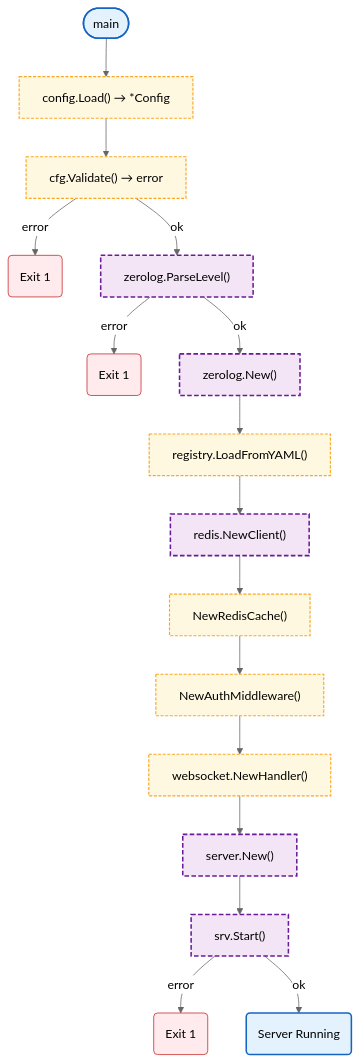
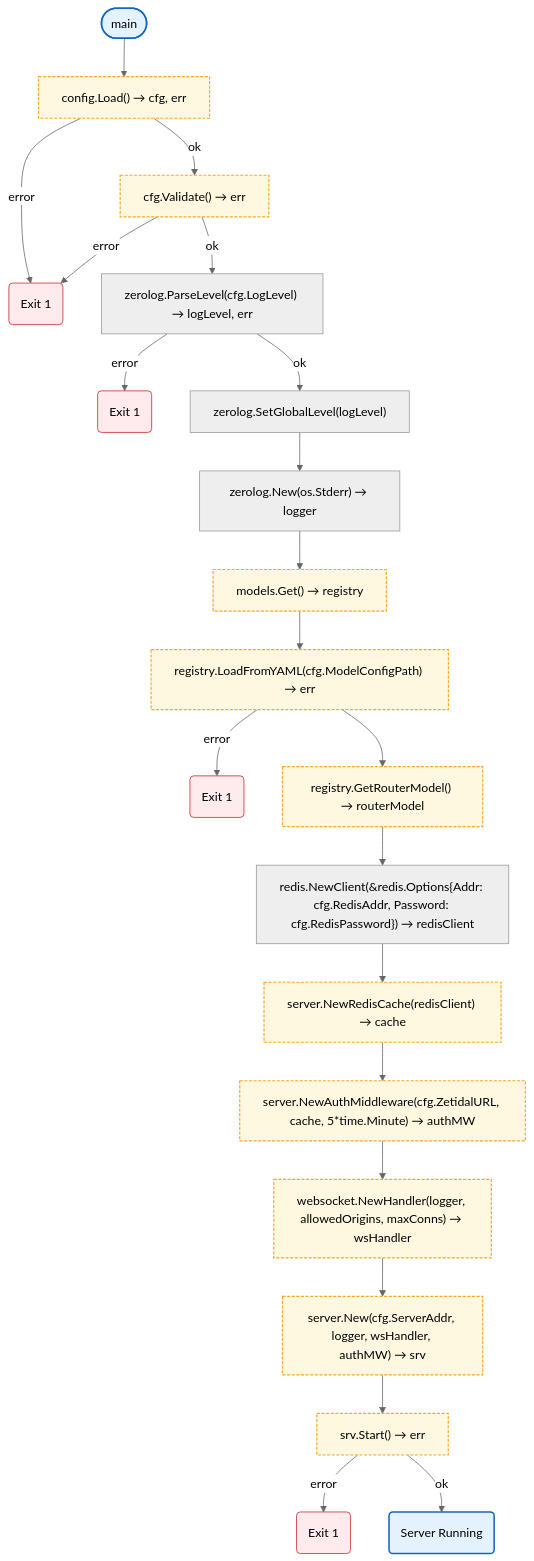
Before and after one commit to radch-ai/ava: the diagram in docs/cmd/gateway.md, drawn with Mermaid (neutral theme). The commit also changed other lines of this file and 5 other files, not shown here.

First line of the commit message:
refactor(config): inline AuthConfig struct, add ModelConfigPath, update docs

````diff
--- a/docs/cmd/gateway.md
+++ b/docs/cmd/gateway.md
@@ -7,35 +7,41 @@
 ```mermaid
 flowchart TB
-    Start([main]) --> LoadCfg["config.Load() → *Config"]
-    LoadCfg --> ValidateCfg["cfg.Validate() → error"]
-    ValidateCfg -->|error| Exit1("Exit 1")
-    ValidateCfg -->|ok| ParseLevel["zerolog.ParseLevel()"]
+    Start([main]) --> LoadCfg["config.Load() → cfg, err"]
+    LoadCfg -->|error| Exit1("Exit 1")
+    LoadCfg -->|ok| ValidateCfg["cfg.Validate() → err"]
+    ValidateCfg -->|error| Exit1
+    ValidateCfg -->|ok| ParseLevel["zerolog.ParseLevel(cfg.LogLevel) → logLevel, err"]
     ParseLevel -->|error| Exit2("Exit 1")
-    ParseLevel -->|ok| CreateLogger["zerolog.New()"]
-    CreateLogger --> LoadModels["registry.LoadFromYAML()"]
-    LoadModels --> InitRedis["redis.NewClient()"]
-    InitRedis --> CreateCache["NewRedisCache()"]
-    CreateCache --> CreateAuthMW["NewAuthMiddleware()"]
-    CreateAuthMW --> CreateWS["websocket.NewHandler()"]
-    CreateWS --> CreateServer["server.New()"]
-    CreateServer --> StartServer["srv.Start()"]
+    ParseLevel -->|ok| SetLevel["zerolog.SetGlobalLevel(logLevel)"]
+    SetLevel --> CreateLogger["zerolog.New(os.Stderr) → logger"]
+    CreateLogger --> GetRegistry["models.Get() → registry"]
+    GetRegistry --> LoadModels["registry.LoadFromYAML(cfg.ModelConfigPath) → err"]
+    LoadModels -->|error| ExitModel("Exit 1")
+    LoadModels --> GetRouter["registry.GetRouterModel() → routerModel"]
+    GetRouter --> InitRedis["redis.NewClient(&redis.Options{Addr: cfg.RedisAddr, Password: cfg.RedisPassword}) → redisClient"]
+    InitRedis --> CreateCache["server.NewRedisCache(redisClient) → cache"]
+    CreateCache --> CreateAuthMW["server.NewAuthMiddleware(cfg.ZetidalURL, cache, 5*time.Minute) → authMW"]
+    CreateAuthMW --> CreateWS["websocket.NewHandler(logger, allowedOrigins, maxConns) → wsHandler"]
+    CreateWS --> CreateServer["server.New(cfg.ServerAddr, logger, wsHandler, authMW) → srv"]
+    CreateServer --> StartServer["srv.Start() → err"]
     StartServer -->|error| Exit3("Exit 1")
     StartServer -->|ok| Running("Server Running")
 
     click LoadCfg href "../config/README.md"
     click ValidateCfg href "../config/README.md"
+    click GetRegistry href "../internal/llm-proxy/models.md"
     click LoadModels href "../internal/llm-proxy/models.md"
+    click GetRouter href "../internal/llm-proxy/models.md"
     click CreateCache href "../internal/server/README.md"
     click CreateAuthMW href "../internal/server/README.md"
     click CreateWS href "../internal/websocket.md"
+    click CreateServer href "../internal/server/README.md"
 
     classDef mainFn fill:#e3f2fd,stroke:#1565c0,stroke-width:2px
-    classDef internalFn fill:#f3e5f5,stroke:#6a1b9a,stroke-width:2px,stroke-dasharray:6 3
     classDef localPkgs fill:#fff8e1,stroke:#f9a825,stroke-width:1.5px,stroke-dasharray:4 2
     classDef errorFlow fill:#ffebee,stroke:#c62828,stroke-width:1px
 
     class Start,Running mainFn
-    class Exit1,Exit2,Exit3 errorFlow
-    class LoadCfg,ValidateCfg,LoadModels,CreateCache,CreateAuthMW,CreateWS localPkgs
-    class ParseLevel,CreateLogger,InitRedis,CreateServer,StartServer internalFn
+    class Exit1,Exit2,Exit3,ExitModel errorFlow
+    class LoadCfg,ValidateCfg,GetRegistry,LoadModels,GetRouter,CreateCache,CreateAuthMW,CreateWS,CreateServer,StartServer localPkgs
 ```
````
